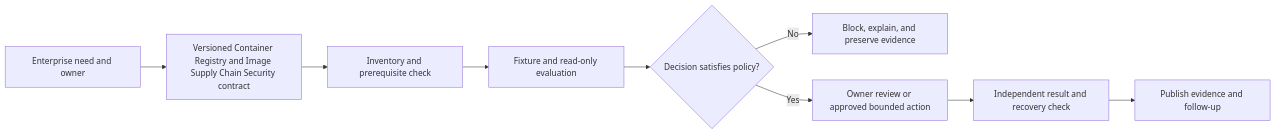
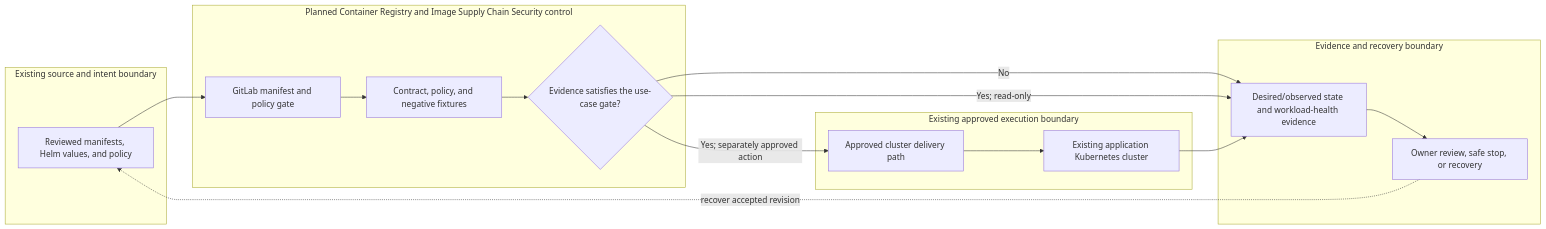
The diagram in docs/use-cases/kubernetes/UC-K8S-011-container-registry-and-image-supply-chain-security.md (MIDHTECH/enterprise-architecture-docs), drawn with Mermaid before and after one commit. The commit also changed other lines of this file and 227 other files, not shown here.

Commit message:
Deepen architecture for all use case designs

````diff
--- a/docs/use-cases/kubernetes/UC-K8S-011-container-registry-and-image-supply-chain-security.md
+++ b/docs/use-cases/kubernetes/UC-K8S-011-container-registry-and-image-supply-chain-security.md
@@ -136,11 +129,25 @@
 ```mermaid
 flowchart LR
-    Need["Enterprise need and owner"] --> Contract["Versioned Container Registry and Image Supply Chain Security contract"]
-    Contract --> Preflight["Inventory and prerequisite check"]
-    Preflight --> Evaluate["Fixture and read-only evaluation"]
-    Evaluate --> Decision{"Decision satisfies policy?"}
-    Decision -->|No| Stop["Block, explain, and preserve evidence"]
-    Decision -->|Yes| Review["Owner review or approved bounded action"]
-    Review --> Verify["Independent result and recovery check"]
-    Verify --> Publish["Publish evidence and follow-up"]
+    subgraph Source["Existing source and intent boundary"]
+        A["Reviewed manifests, Helm values, and policy"]
+    end
+    subgraph Planned["Planned Container Registry and Image Supply Chain Security control"]
+        B["GitLab manifest and policy gate"]
+        C["Contract, policy, and negative fixtures"]
+        D{"Evidence satisfies the use-case gate?"}
+    end
+    subgraph Runtime["Existing approved execution boundary"]
+        E["Approved cluster delivery path"]
+        F["Existing application Kubernetes cluster"]
+    end
+    subgraph Assurance["Evidence and recovery boundary"]
+        G["Desired/observed state and workload-health evidence"]
+        H["Owner review, safe stop, or recovery"]
+    end
+
+    A --> B --> C --> D
+    D -->|No| G --> H
+    D -->|Yes; read-only| G
+    D -->|Yes; separately approved action| E --> F --> G
+    H -. recover accepted revision .-> A
 ```
````
